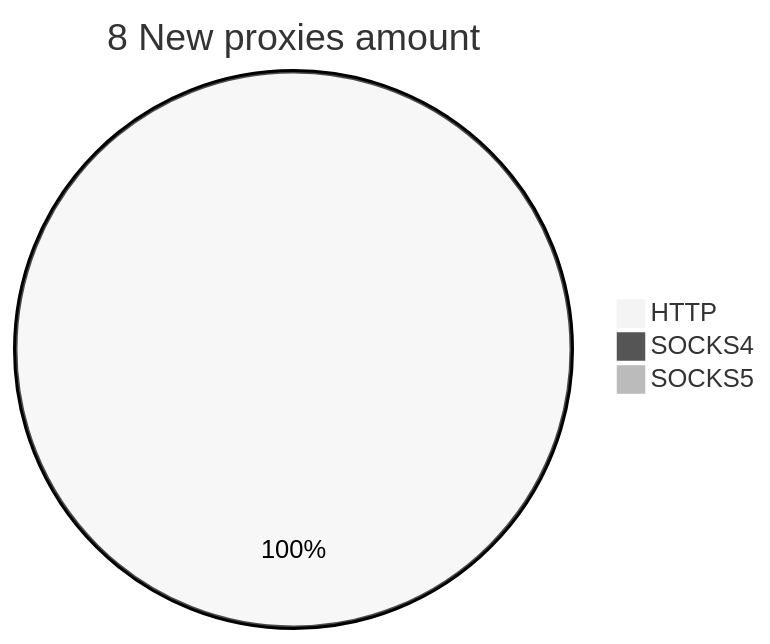
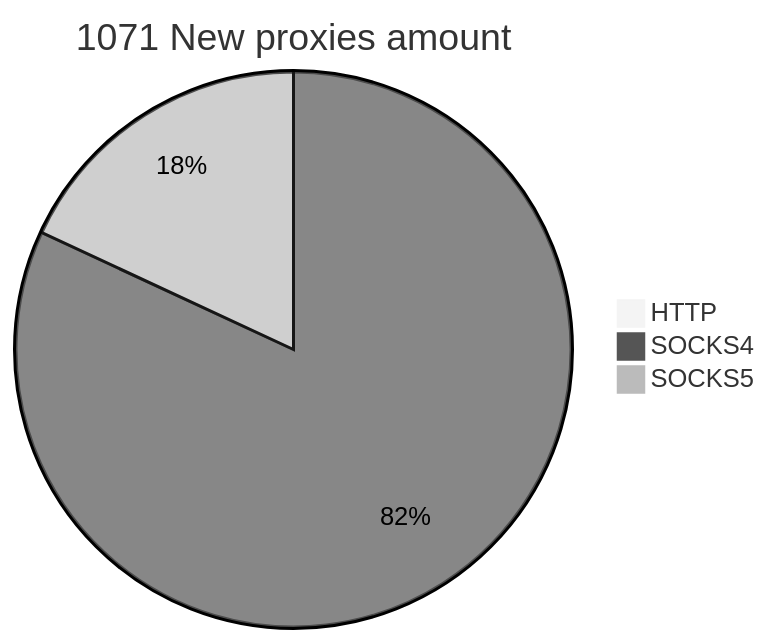
The second of 2 diagrams in README.md (cutipu/proxylist), drawn with Mermaid (neutral theme) before and after one commit. The commit also changed other lines of this file, not shown here.

````diff
--- a/README.md
+++ b/README.md
@@ -10,6 +10,6 @@
 ```mermaid
-pie title 8 New proxies amount
-    "HTTP" : 72
-    "SOCKS4" : 0
-    "SOCKS5" : 0
+pie title 1071 New proxies amount
+    "HTTP" : 0
+    "SOCKS4" : 879
+    "SOCKS5" : 194
 ```
````
